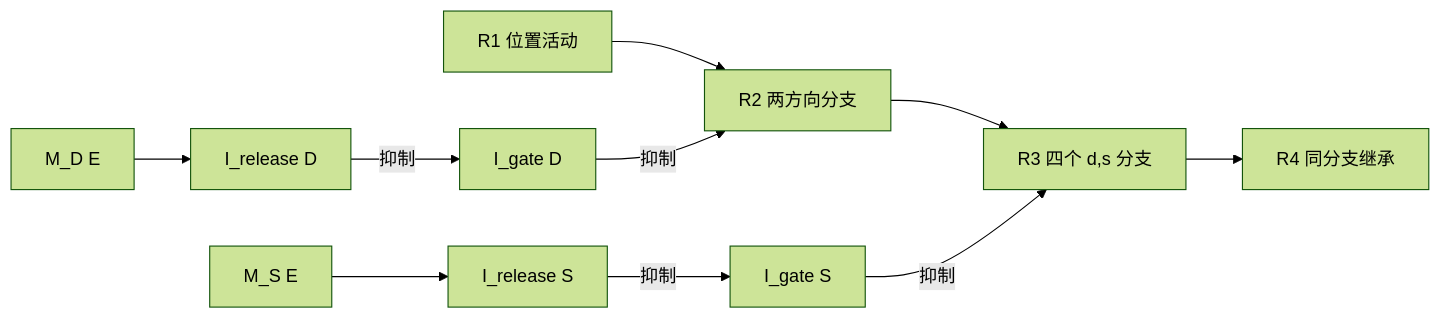
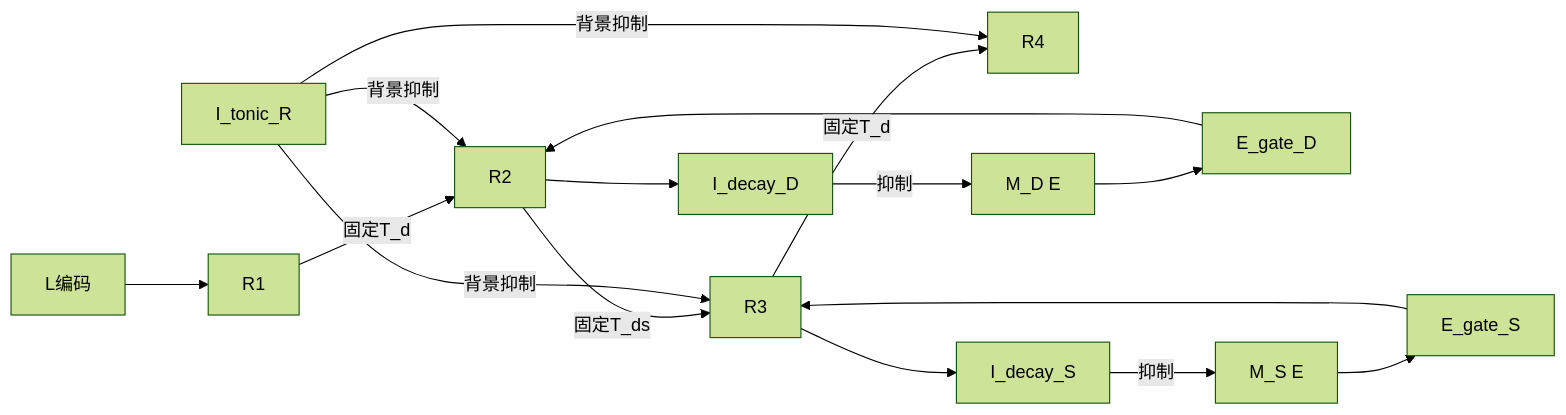
The diagram in architecture.md (Totheinfinity66y/LDS-EImodel), drawn with Mermaid (forest theme) before and after one commit. The commit also changed other lines of this file and 365 other files, not shown here.

````diff
--- a/architecture.md
+++ b/architecture.md
@@ -77,12 +29,18 @@
 ```mermaid
 flowchart LR
-  R1[R1 位置活动] --> R2[R2 两方向分支]
-  R2 --> R3[R3 四个 d,s 分支]
-  R3 --> R4[R4 同分支继承]
-  MD[M_D E] --> DR[I_release D]
-  DR -->|抑制| DG[I_gate D]
-  DG -->|抑制| R2
-  MS[M_S E] --> SR[I_release S]
-  SR -->|抑制| SG[I_gate S]
-  SG -->|抑制| R3
+  L[L编码] --> R1
+  R1 -->|固定T_d| R2
+  R2 -->|固定T_ds| R3
+  R3 -->|固定T_d| R4
+  MD[M_D E] --> GD[E_gate_D]
+  GD --> R2
+  MS[M_S E] --> GS[E_gate_S]
+  GS --> R3
+  R2 --> ID[I_decay_D]
+  ID -->|抑制| MD
+  R3 --> IS[I_decay_S]
+  IS -->|抑制| MS
+  IT[I_tonic_R] -->|背景抑制| R2
+  IT -->|背景抑制| R3
+  IT -->|背景抑制| R4
 ```
````
